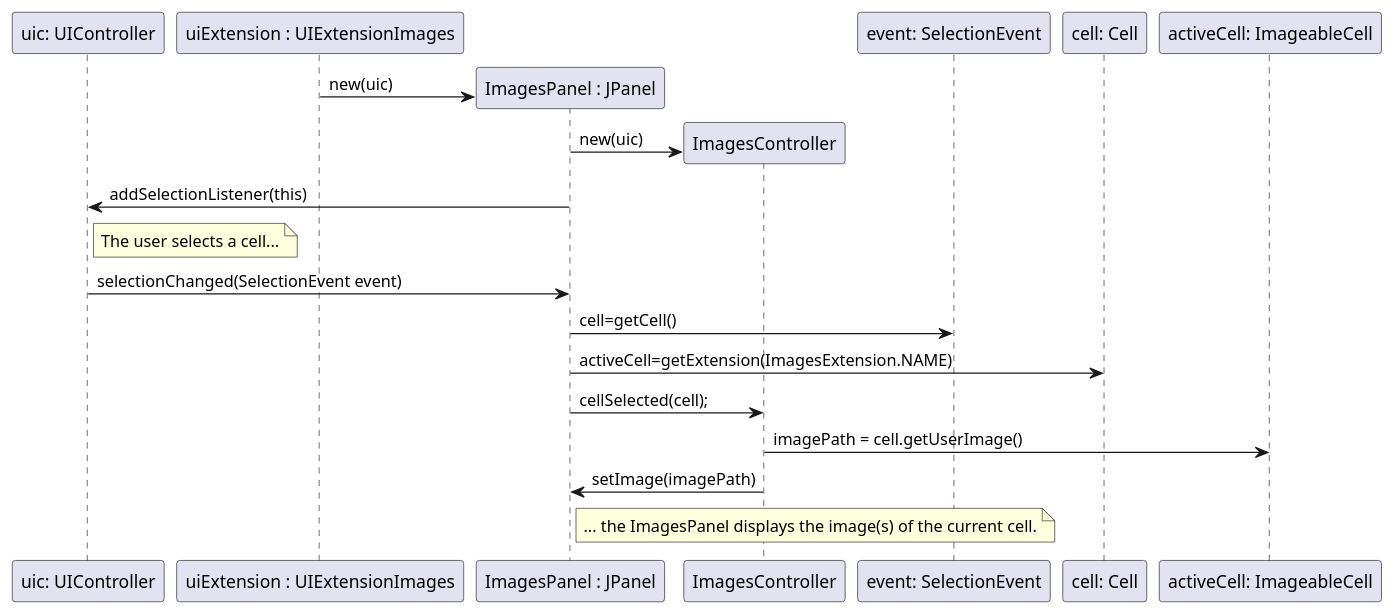
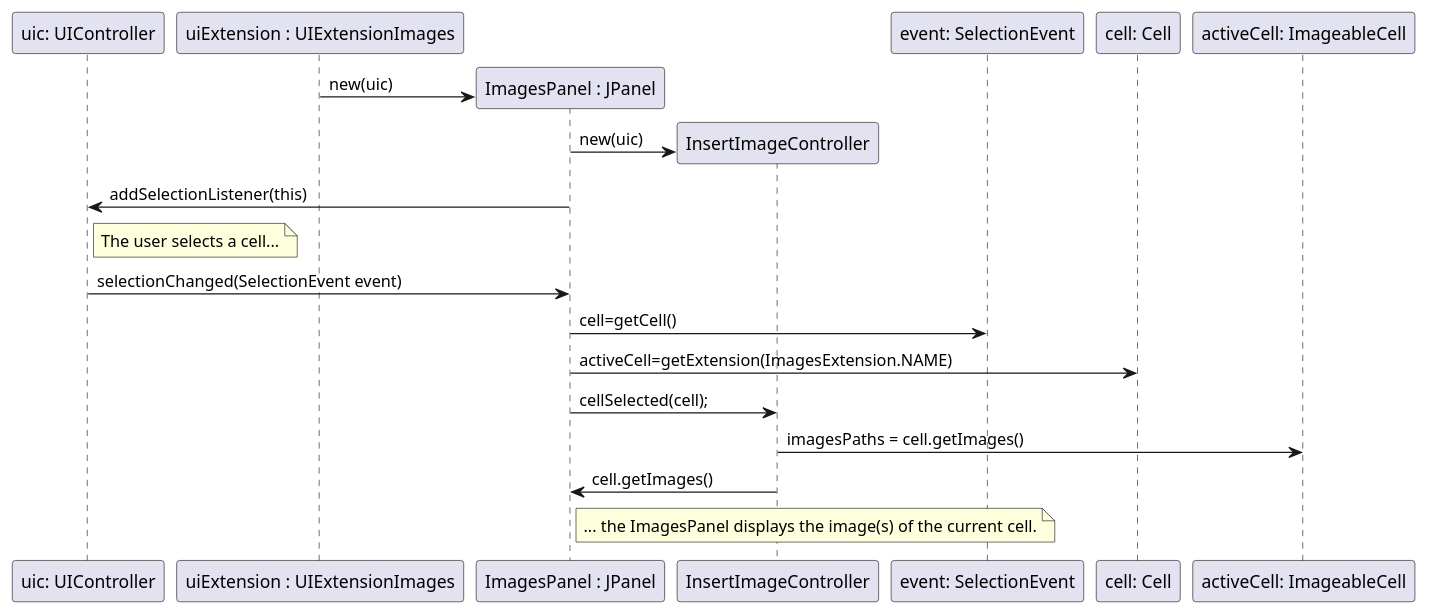
Before and after one commit to MikeTekOn/lapr4-2017-2dd: the diagram in src/main/java/lapr4/blue/s3/core/n1141570/insertImage/core06_01_design2.puml, drawn with PlantUML. The commit also changed 4 other files, not shown here.

```diff
--- a/src/main/java/lapr4/blue/s3/core/n1141570/insertImage/core06_01_design2.puml
+++ b/src/main/java/lapr4/blue/s3/core/n1141570/insertImage/core06_01_design2.puml
@@ -1,33 +1,33 @@
 @startuml core02_01_design2.png
     participant "uic: UIController" as uic
     participant "uiExtension : UIExtensionImages" as UIExt
     participant "ImagesPanel : JPanel" as ip
-    participant "ImagesController" as ctrl
+    participant "InsertImageController" as ctrl
     participant "event: SelectionEvent" as event
     participant "cell: Cell" as cell
     participant "activeCell: ImageableCell" as activeCell
 
     create ip
     UIExt -> ip :  new(uic) 
     
     create ctrl
     ip -> ctrl : new(uic) 
     ip -> uic : addSelectionListener(this)
 
     note right of uic
         The user selects a cell...
     end note
 
     uic -> ip : selectionChanged(SelectionEvent event)
     ip -> event : cell=getCell()
     ip -> cell : activeCell=getExtension(ImagesExtension.NAME)
 
     ip -> ctrl : cellSelected(cell);
-    ctrl -> activeCell : imagePath = cell.getUserImage()
-    ctrl -> ip : setImage(imagePath)
+    ctrl -> activeCell : imagesPaths = cell.getImages()
+    ctrl -> ip : cell.getImages()
 
     note right of ip
         ... the ImagesPanel displays the image(s) of the current cell.
     end note
 
 @enduml
```
